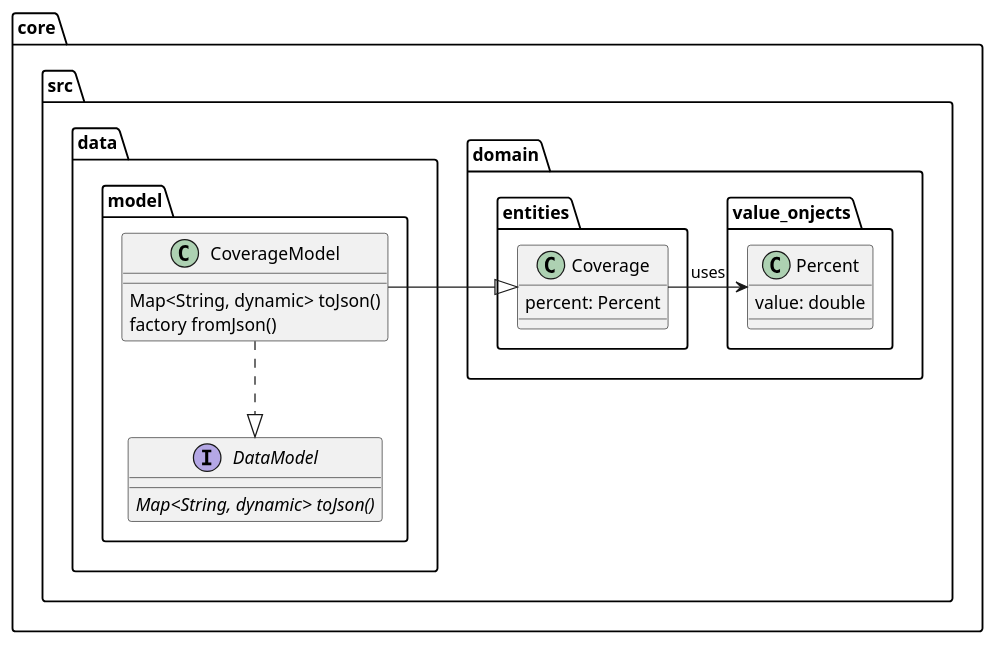
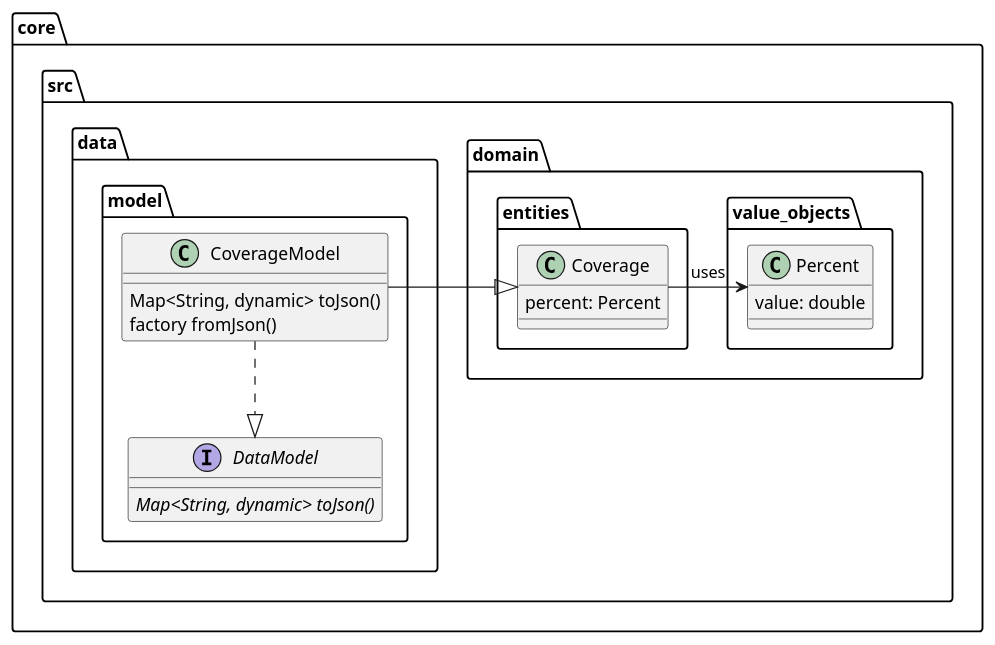
One commit to Flank/flank-dashboard changed the diagram in metrics/ci_integrations/docs/diagrams/ci_integrations_coverage_class_diagram.puml. Above: the diagram before and after it, drawn with PlantUML.

Commit message:
Typo fix

```diff
--- a/metrics/ci_integrations/docs/diagrams/ci_integrations_coverage_class_diagram.puml
+++ b/metrics/ci_integrations/docs/diagrams/ci_integrations_coverage_class_diagram.puml
@@ -1,37 +1,37 @@
 @startuml coverage_data_model_class_diagram
 
 package core.src {
     package domain {
-        package value_onjects {
+        package value_objects {
             class Percent {
                 value: double
             }
         }
 
         package entities {
             class Coverage {
                 percent: Percent
             }
         }
     }
 
 
     package data.model {
         class CoverageModel {
             Map<String, dynamic> toJson()
             factory fromJson()
         }
 
         interface DataModel {
             {abstract} Map<String, dynamic> toJson()
         }
     }
 }
 
 Coverage -> Percent : uses
 CoverageModel -|> Coverage
 
 CoverageModel ..|> DataModel
 
 
 @enduml
```
